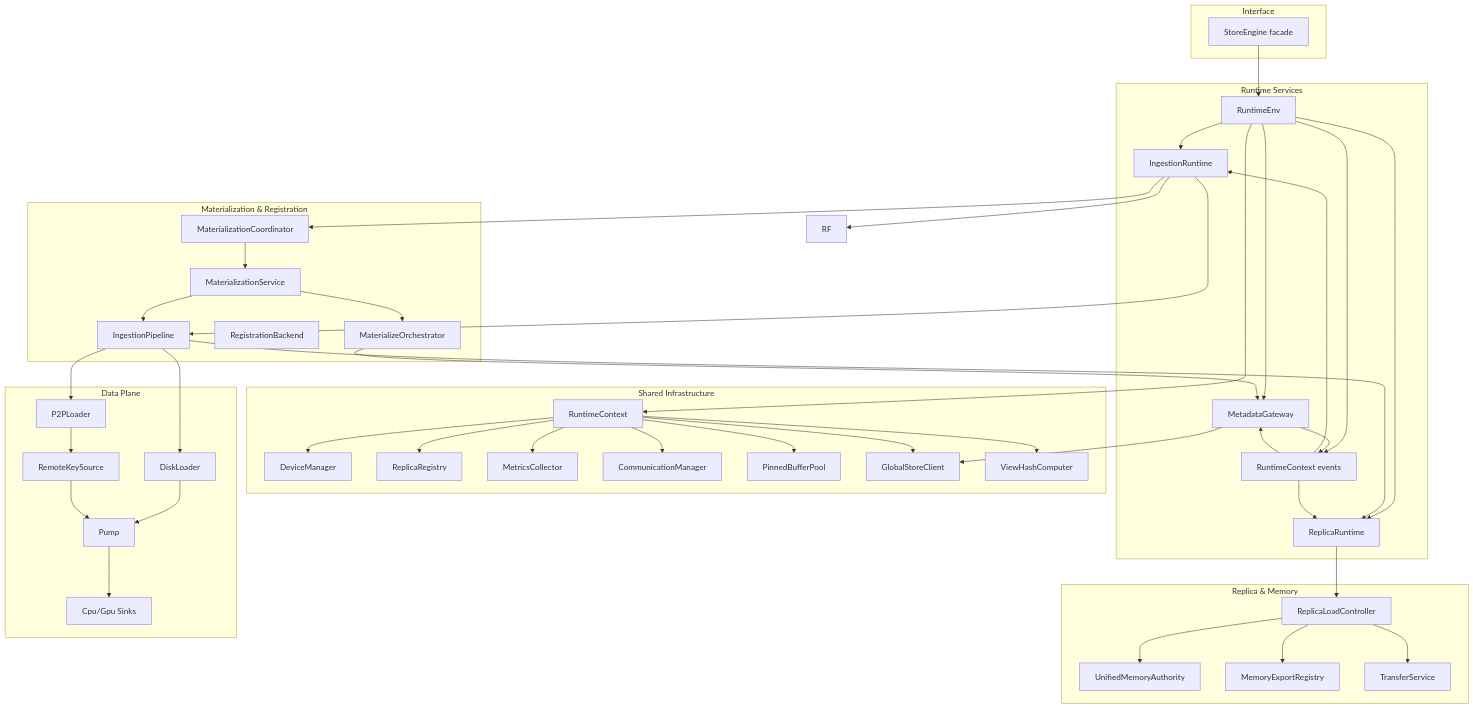
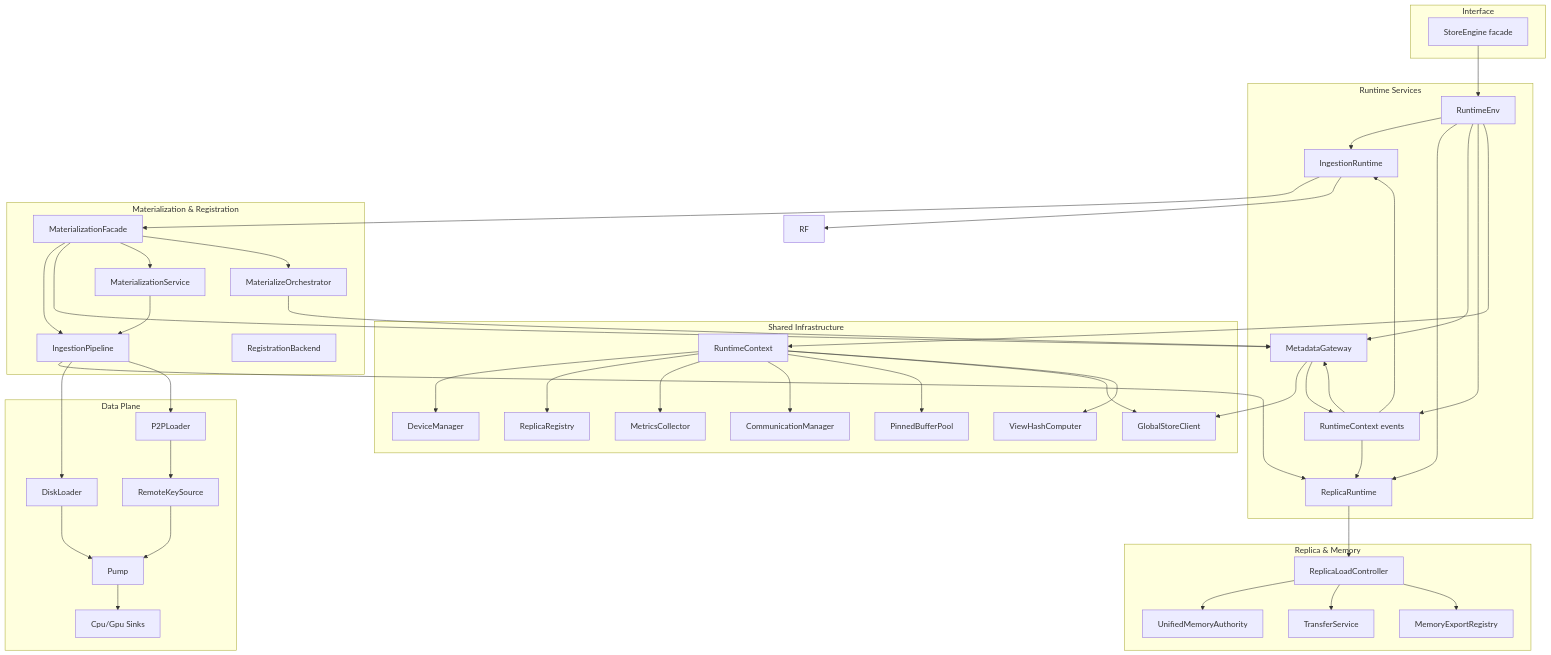
The first of 3 diagrams in core/store/docs/architecture.md (tensorcast-ai/tensorcast), drawn with Mermaid before and after one commit. The commit also changed other lines of this file and 51 other files, not shown here.

````diff
--- a/core/store/docs/architecture.md
+++ b/core/store/docs/architecture.md
@@ -16,80 +16,81 @@
 ```mermaid
 graph TB
     subgraph "Interface"
         SE[StoreEngine facade]
     end
     subgraph "Runtime Services"
         RE[RuntimeEnv]
         IR[IngestionRuntime]
         RR[ReplicaRuntime]
         MG[MetadataGateway]
         EH[RuntimeContext events]
     end
     subgraph "Shared Infrastructure"
         CC[RuntimeContext]
         DM[DeviceManager]
         REG[ReplicaRegistry]
         MC[MetricsCollector]
         COMM[CommunicationManager]
         PB[PinnedBufferPool]
         GSC[GlobalStoreClient]
         VHC[ViewHashComputer]
     end
     subgraph "Materialization & Registration"
-        MCoor[MaterializationCoordinator]
+        MF[MaterializationFacade]
         IP[IngestionPipeline]
         RB[RegistrationBackend]
         MG[MetadataGateway]
         MZ[MaterializationService]
         MO[MaterializeOrchestrator]
     end
     subgraph "Replica & Memory"
         RLC[ReplicaLoadController]
         UMA[UnifiedMemoryAuthority]
         MER[MemoryExportRegistry]
         TS[TransferService]
     end
     subgraph "Data Plane"
         DL[DiskLoader]
         PL[P2PLoader]
         RKS[RemoteKeySource]
         Pump[Pump]
         Sink[Cpu/Gpu Sinks]
     end
     SE --> RE
     RE --> IR
     RE --> RR
     RE --> MG
     RE --> EH
     RE --> CC
     CC --> DM
     CC --> REG
     CC --> MC
     CC --> COMM
     CC --> PB
     CC --> GSC
     CC --> VHC
-    IR --> MCoor
-    IR --> IP
+    IR --> MF
+    MF --> IP
+    MF --> MG
     IR --> RF
-    MCoor --> MZ
+    MF --> MZ
     MZ --> IP
-    MZ --> MO
+    MF --> MO
     MO --> MG
     IP --> RR
     RR --> RLC
     RLC --> UMA
     RLC --> TS
     RLC --> MER
     IP --> DL
     IP --> PL
     PL --> RKS
     DL --> Pump
     RKS --> Pump
     Pump --> Sink
     MG --> GSC
     MG --> EH
     EH --> RR
     EH --> IR
     EH --> MG
 ```
````
